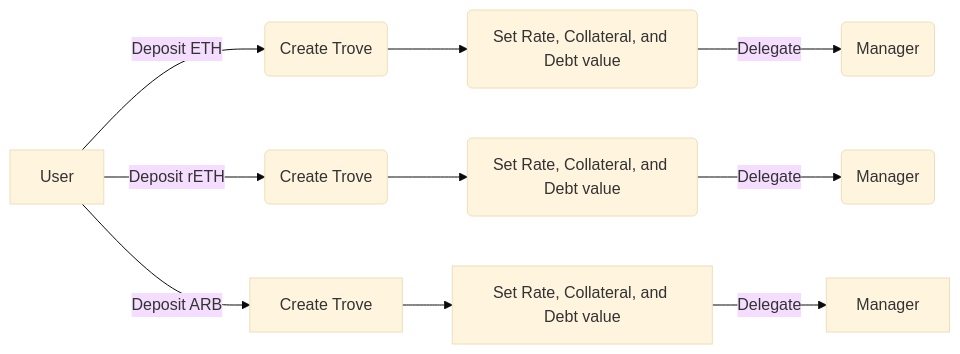
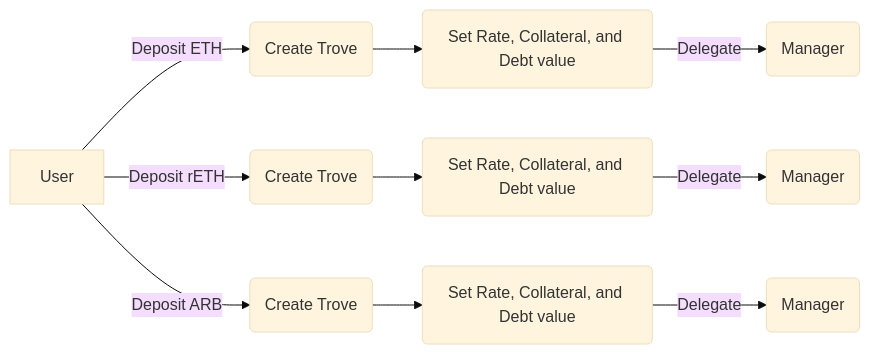
One commit to NeriteOrg/neriteorg.github.io changed the diagram in docs/user-docs/borrowing-and-liquidations.md. Above: the diagram before and after it, drawn with Mermaid (base theme).

Commit message:
chore: unify mermaid diagram style

````diff
--- a/docs/user-docs/borrowing-and-liquidations.md
+++ b/docs/user-docs/borrowing-and-liquidations.md
@@ -19,21 +19,21 @@
 ```mermaid
 flowchart  LR
 
 A["User"]  -- Deposit ETH -->  B("Create Trove")
 
 B  -->  C("Set Rate, Collateral, and Debt value")
 
 C  -- Delegate -->  D("Manager")
 
 A  -- Deposit rETH -->  E("Create Trove")
 
 F("Set Rate, Collateral, and Debt value")  -- Delegate -->  G("Manager")
 
 E  -->  F
 
-n2["Set Rate, Collateral, and Debt value"]  -- Delegate -->  n3["Manager"]
+n2("Set Rate, Collateral, and Debt value")  -- Delegate -->  n3("Manager")
 
-n1["Create Trove"]  -->  n2
+n1("Create Trove")  -->  n2
 
 A  --Deposit ARB-->  n1
 ```
````
